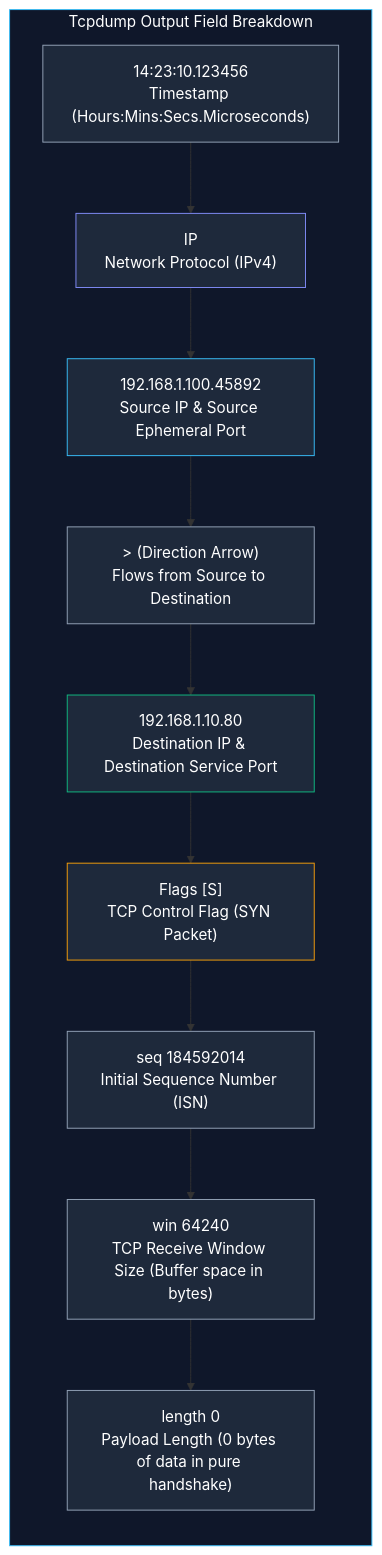
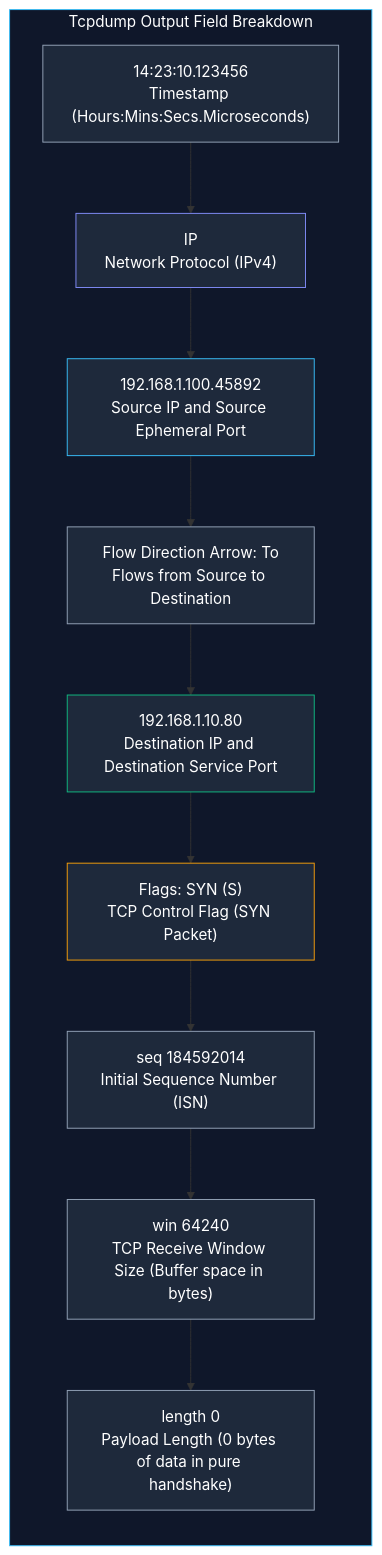
One commit to Kashif-Mashi/Blue-Team-Handbook changed the third of 3 diagrams in System-and-Network-Administrator/04-Networking/01-Tcpdump-Commands.md. Above: the diagram before and after it, drawn with Mermaid. The commit also changed 13 other files, not shown here.

Commit message:
Verification & Fixes: Mermaid Diagrams Across the Repository

````diff
--- a/System-and-Network-Administrator/04-Networking/01-Tcpdump-Commands.md
+++ b/System-and-Network-Administrator/04-Networking/01-Tcpdump-Commands.md
@@ -172,28 +172,28 @@
 ```mermaid
 flowchart TD
     subgraph PacketBreakdown["Tcpdump Output Field Breakdown"]
         direction TB
         F1["14:23:10.123456<br/>Timestamp (Hours:Mins:Secs.Microseconds)"]
         F2["IP<br/>Network Protocol (IPv4)"]
-        F3["192.168.1.100.45892<br/>Source IP & Source Ephemeral Port"]
-        F4["> (Direction Arrow)<br/>Flows from Source to Destination"]
-        F5["192.168.1.10.80<br/>Destination IP & Destination Service Port"]
-        F6["Flags [S]<br/>TCP Control Flag (SYN Packet)"]
+        F3["192.168.1.100.45892<br/>Source IP and Source Ephemeral Port"]
+        F4["Flow Direction Arrow: To<br/>Flows from Source to Destination"]
+        F5["192.168.1.10.80<br/>Destination IP and Destination Service Port"]
+        F6["Flags: SYN (S)<br/>TCP Control Flag (SYN Packet)"]
         F7["seq 184592014<br/>Initial Sequence Number (ISN)"]
         F8["win 64240<br/>TCP Receive Window Size (Buffer space in bytes)"]
         F9["length 0<br/>Payload Length (0 bytes of data in pure handshake)"]
     end
 
     F1 --> F2 --> F3 --> F4 --> F5 --> F6 --> F7 --> F8 --> F9
 
     style PacketBreakdown fill:#0f172a,stroke:#38bdf8,color:#fff
     style F1 fill:#1e293b,stroke:#94a3b8,color:#fff
     style F2 fill:#1e293b,stroke:#818cf8,color:#fff
     style F3 fill:#1e293b,stroke:#38bdf8,color:#fff
     style F4 fill:#1e293b,stroke:#94a3b8,color:#fff
     style F5 fill:#1e293b,stroke:#10b981,color:#fff
     style F6 fill:#1e293b,stroke:#f59e0b,color:#fff
     style F7 fill:#1e293b,stroke:#94a3b8,color:#fff
     style F8 fill:#1e293b,stroke:#94a3b8,color:#fff
     style F9 fill:#1e293b,stroke:#94a3b8,color:#fff
 ```
````
